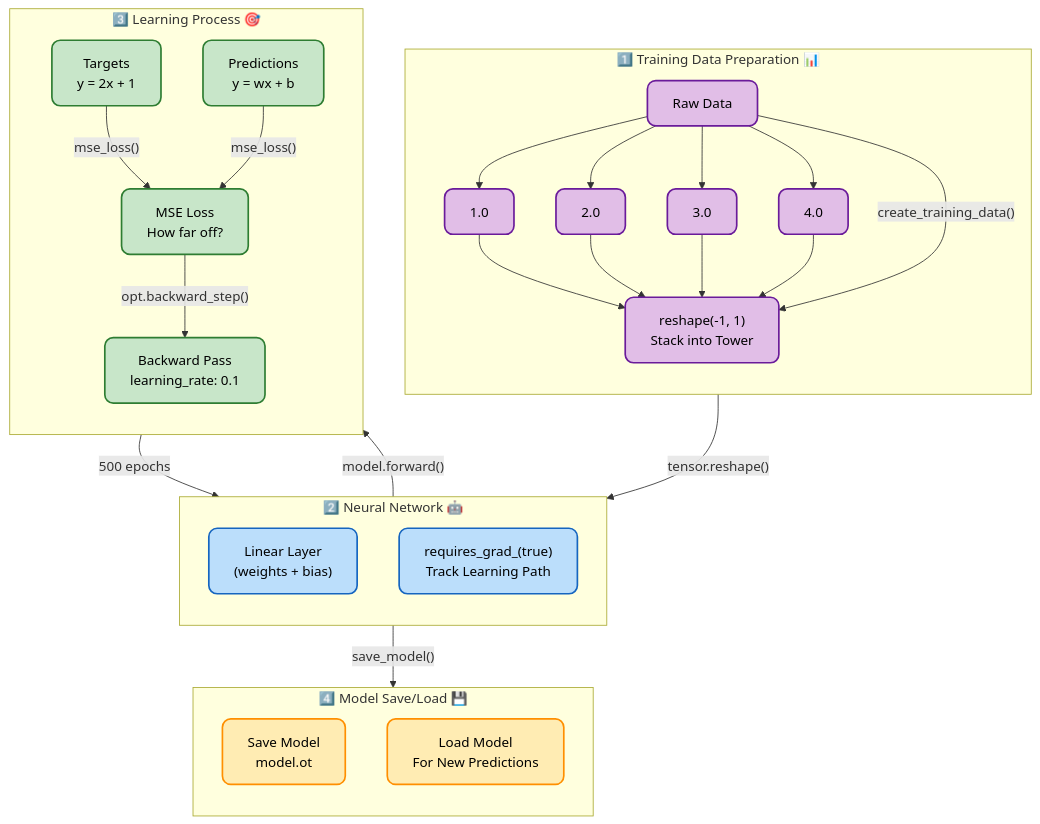
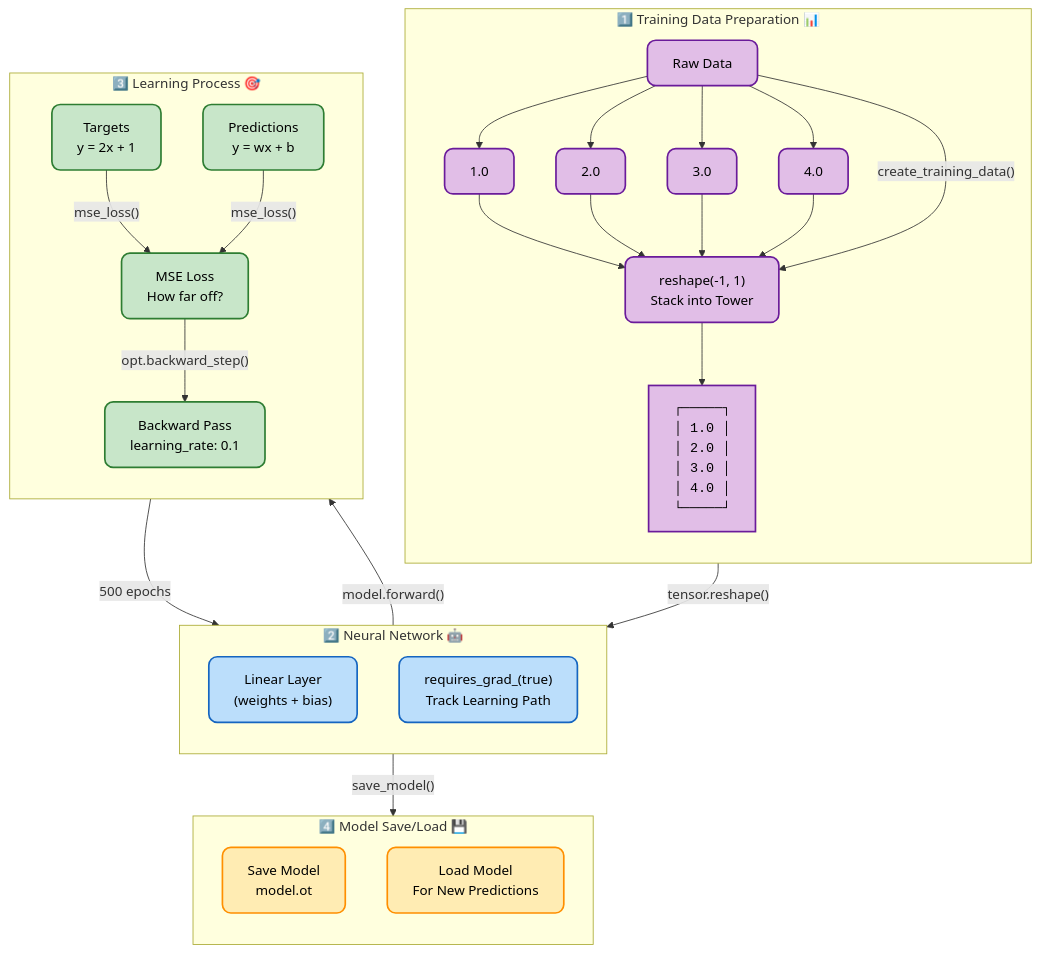
The diagram in README.md (Jitpomi/neural_gear_series), drawn with Mermaid before and after one commit.

Commit message:
read me refined

````diff
--- a/README.md
+++ b/README.md
@@ -7,55 +7,59 @@
 ```mermaid
 graph TB
     %% Define spaces for better layout
     subgraph Training["1️⃣ Training Data Preparation 📊"]
         direction TB
         Data["Raw Data"]
         I1[1.0] & I2[2.0] & I3[3.0] & I4[4.0]
         R["reshape(-1, 1)<br/>Stack into Tower"]
+        Tower["┌─────┐<br/>│ 1.0 │<br/>│ 2.0 │<br/>│ 3.0 │<br/>│ 4.0 │<br/>└─────┘"]
         
         Data --> I1 & I2 & I3 & I4
         I1 & I2 & I3 & I4 --> R
+        R --> Tower
     end
 
     subgraph Network["2️⃣ Neural Network 🤖"]
         direction TB
         L1["Linear Layer<br/>(weights + bias)"]
         G["requires_grad_(true)<br/>Track Learning Path"]
     end
 
     subgraph Learning["3️⃣ Learning Process 🎯"]
         direction TB
         P["Predictions<br/>y = wx + b"]
         T["Targets<br/>y = 2x + 1"]
         Loss["MSE Loss<br/>How far off?"]
         Back["Backward Pass<br/>learning_rate: 0.1"]
     end
 
     subgraph Save["4️⃣ Model Save/Load 💾"]
         direction TB
         S1["Save Model<br/>model.ot"]
         S2["Load Model<br/>For New Predictions"]
     end
 
     %% Connections with code alignment
     Data --> |"create_training_data()"| R
-    R --> |"tensor.reshape()"| Network
+    Tower --> |"tensor.reshape()"| Network
     Network --> |"model.forward()"| P
     T --> |"mse_loss()"| Loss
     P --> |"mse_loss()"| Loss
     Loss --> |"opt.backward_step()"| Back
     Back --> |"500 epochs"| Network
     Network --> |"save_model()"| Save
 
     %% Styling with softer colors
     classDef input fill:#e1bee7,stroke:#6a1b9a,stroke-width:2px,color:#000,rx:10px
     classDef network fill:#bbdefb,stroke:#1565c0,stroke-width:2px,color:#000,rx:10px
     classDef learning fill:#c8e6c9,stroke:#2e7d32,stroke-width:2px,color:#000,rx:10px
     classDef save fill:#ffecb3,stroke:#ff8f00,stroke-width:2px,color:#000,rx:10px
     classDef data fill:#fff3e0,stroke:#e65100,stroke-width:2px,color:#000,rx:10px
+    classDef tower fill:#e1bee7,stroke:#6a1b9a,stroke-width:2px,color:#000,rx:0px,font-family:monospace
 
     class Data,I1,I2,I3,I4,R input
     class L1,G network
     class P,T,Loss,Back learning
     class S1,S2 save
+    class Tower tower
 ```
````
